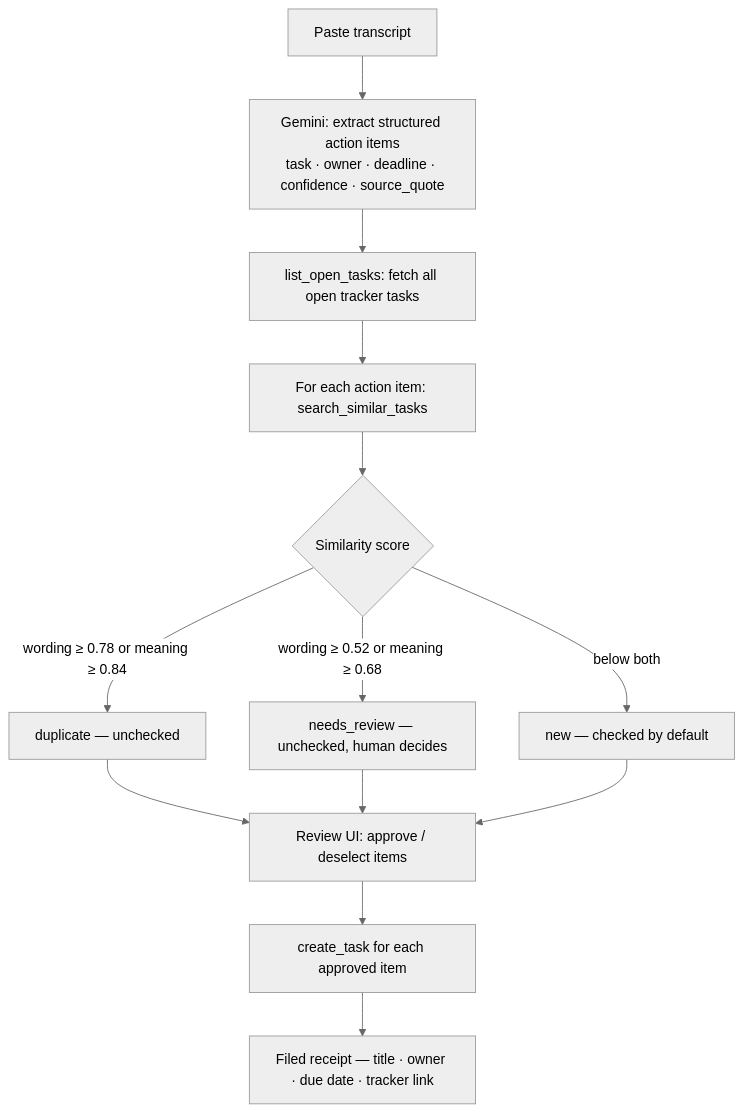
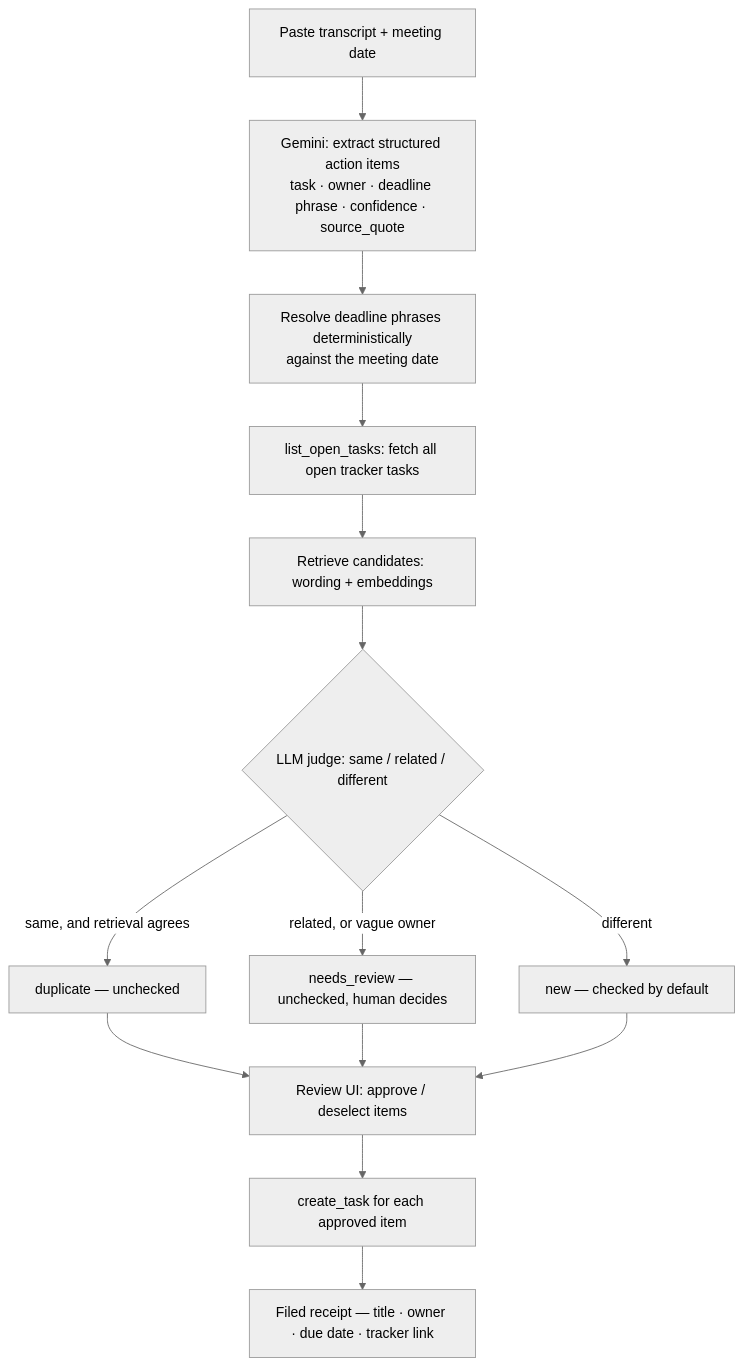
One commit to het2576/Docket-MCP changed the second of 2 diagrams in README.md. Above: the diagram before and after it, drawn with Mermaid (neutral theme). The commit also changed other lines of this file and 53 other files, not shown here.

````diff
--- a/README.md
+++ b/README.md
@@ -73,13 +105,14 @@
 ```mermaid
 flowchart TD
-  A[Paste transcript] --> B[Gemini: extract structured action items\ntask · owner · deadline · confidence · source_quote]
-  B --> C[list_open_tasks: fetch all open tracker tasks]
-  C --> D[For each action item: search_similar_tasks]
-  D --> E{Similarity score}
-  E -->|wording ≥ 0.78 or meaning ≥ 0.84| F[duplicate — unchecked]
-  E -->|wording ≥ 0.52 or meaning ≥ 0.68| G[needs_review — unchecked, human decides]
-  E -->|below both| H[new — checked by default]
+  A[Paste transcript + meeting date] --> B[Gemini: extract structured action items\ntask · owner · deadline phrase · confidence · source_quote]
+  B --> B2[Resolve deadline phrases deterministically\nagainst the meeting date]
+  B2 --> C[list_open_tasks: fetch all open tracker tasks]
+  C --> D[Retrieve candidates: wording + embeddings]
+  D --> E{LLM judge: same / related / different}
+  E -->|same, and retrieval agrees| F[duplicate — unchecked]
+  E -->|related, or vague owner| G[needs_review — unchecked, human decides]
+  E -->|different| H[new — checked by default]
   F & G & H --> I[Review UI: approve / deselect items]
   I --> J[create_task for each approved item]
   J --> K[Filed receipt — title · owner · due date · tracker link]
 ```
````
